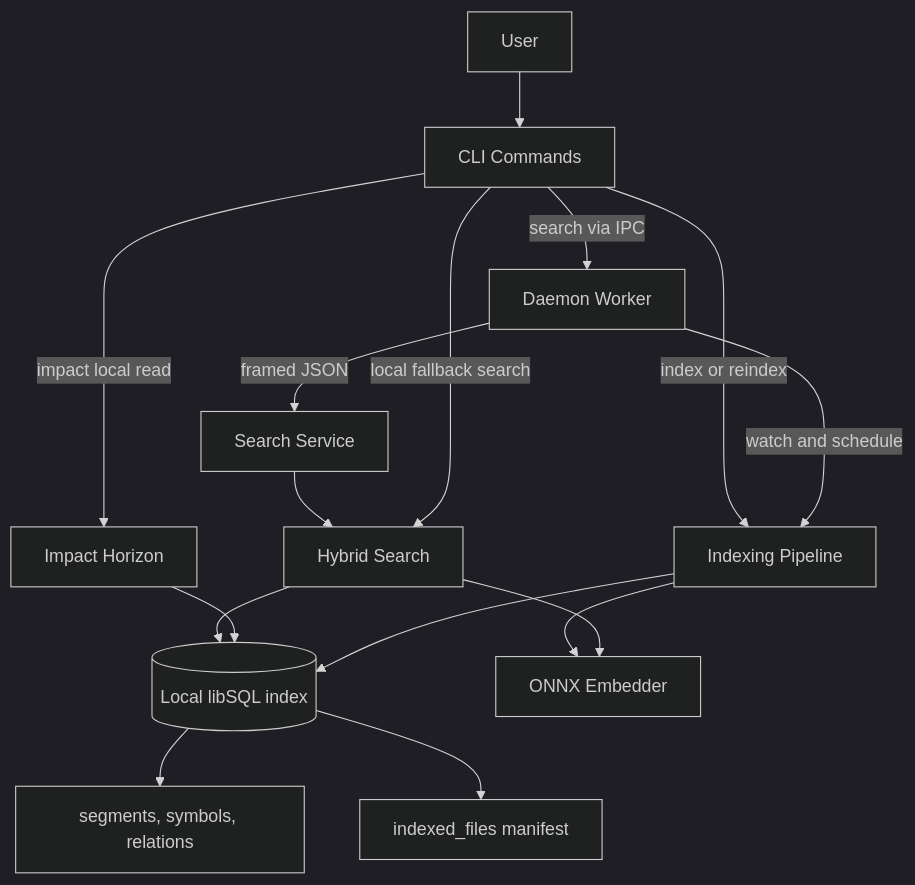
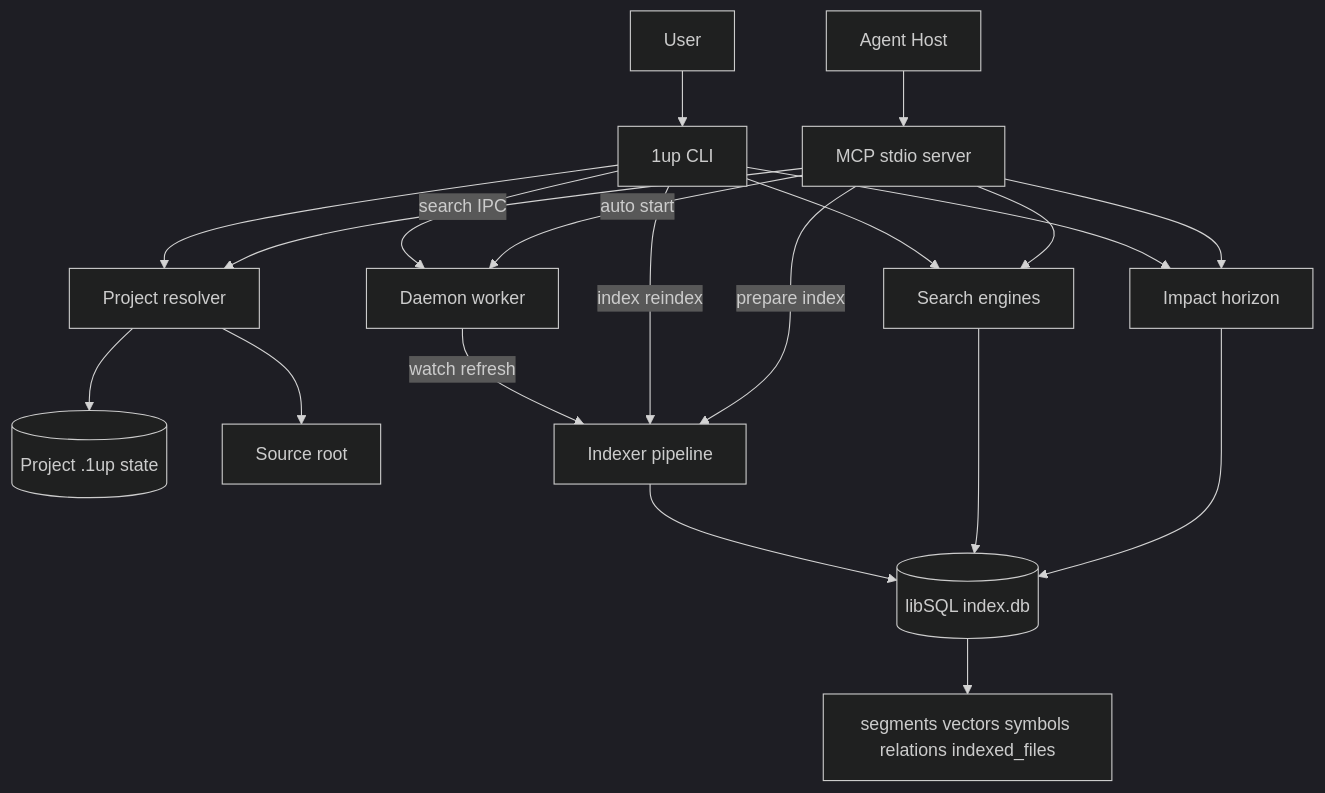
The diagram in .rp1/context/architecture.md (rp1-run/1up), drawn with Mermaid (dark theme) before and after one commit. The commit also changed other lines of this file and 22 other files, not shown here.

````diff
--- a/.rp1/context/architecture.md
+++ b/.rp1/context/architecture.md
@@ -113,18 +137,22 @@
 ```mermaid
 graph TB
-    User[User] --> CLI[CLI Commands]
-    CLI -->|search via IPC| Daemon[Daemon Worker]
-    CLI -->|impact local read| Impact[Impact Horizon]
-    CLI -->|index or reindex| Indexer[Indexing Pipeline]
-    Daemon -->|watch and schedule| Indexer
-    Daemon -->|framed JSON| SearchSvc[Search Service]
-    SearchSvc --> Search[Hybrid Search]
-    CLI -->|local fallback search| Search
-    Search --> DB[(Local libSQL index)]
-    Impact --> DB
-    Indexer --> DB
-    Indexer --> Model[ONNX Embedder]
-    Search --> Model
-    DB --> Rels[segments, symbols, relations]
-    DB --> Manifest[indexed_files manifest]
+    User[User] --> CLI[1up CLI]
+    Host[Agent Host] --> MCP[MCP stdio server]
+    CLI --> Project[Project resolver]
+    MCP --> Project
+    Project --> State[(Project .1up state)]
+    Project --> Source[Source root]
+    CLI -->|search IPC| Daemon[Daemon worker]
+    MCP -->|auto start| Daemon
+    Daemon -->|watch refresh| Indexer[Indexer pipeline]
+    CLI -->|index reindex| Indexer
+    MCP -->|prepare index| Indexer
+    Indexer --> Storage[(libSQL index.db)]
+    CLI --> Search[Search engines]
+    MCP --> Search
+    Search --> Storage
+    CLI --> Impact[Impact horizon]
+    MCP --> Impact
+    Impact --> Storage
+    Storage --> Tables[segments vectors symbols relations indexed_files]
 ```
````
